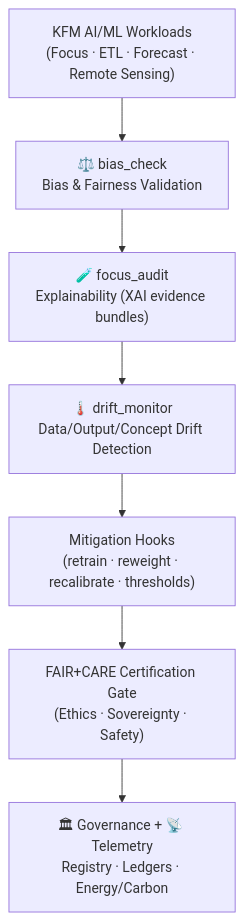
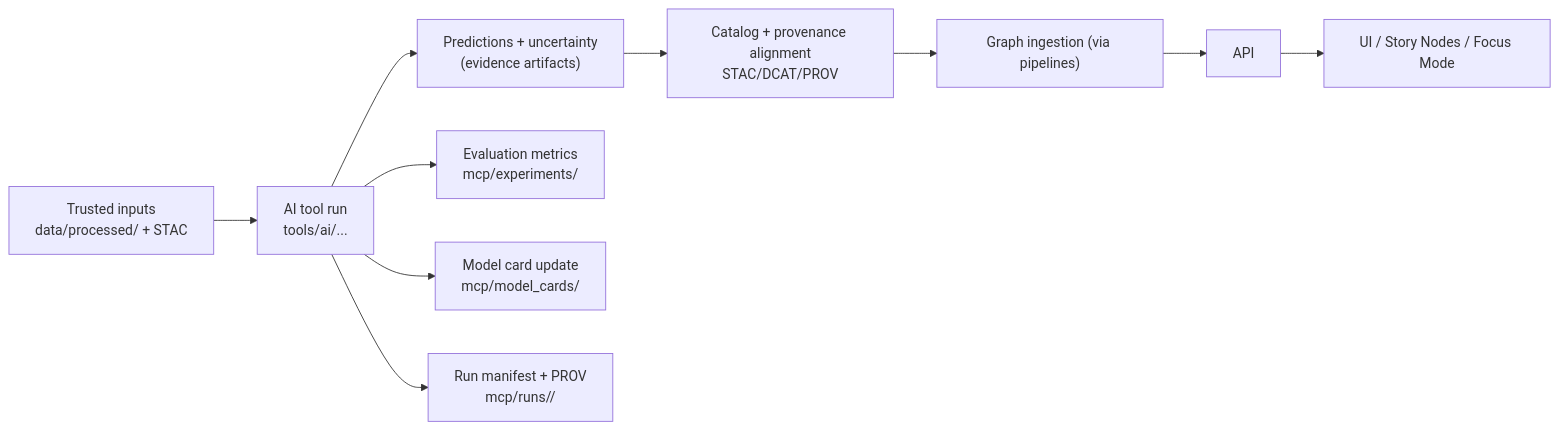
Before and after one commit to bartytime4life/Kansas-Frontier-Matrix: the diagram in tools/ai/README.md, drawn with Mermaid. The commit also changed other lines of this file, not shown here.

```diff
--- a/tools/ai/README.md
+++ b/tools/ai/README.md
@@ -252,10 +114,13 @@
 ~~~mermaid
-flowchart TD
-    A["KFM AI/ML Workloads<br/>(Focus · ETL · Forecast · Remote Sensing)"]
-      --> B["⚖️ bias_check<br/>Bias & Fairness Validation"]
-    B --> C["🧪 focus_audit<br/>Explainability (XAI evidence bundles)"]
-    C --> D["🌡️ drift_monitor<br/>Data/Output/Concept Drift Detection"]
-    D --> E["Mitigation Hooks<br/>(retrain · reweight · recalibrate · thresholds)"]
-    E --> F["FAIR+CARE Certification Gate<br/>(Ethics · Sovereignty · Safety)"]
-    F --> G["🏛 Governance + 📡 Telemetry<br/>Registry · Ledgers · Energy/Carbon"]
+flowchart LR
+  A["Trusted inputs<br/>data/processed/ + STAC"] --> B["AI tool run<br/>tools/ai/..."]
+  B --> C["Predictions + uncertainty<br/>(evidence artifacts)"]
+  B --> D["Evaluation metrics<br/>mcp/experiments/"]
+  B --> E["Model card update<br/>mcp/model_cards/"]
+  B --> F["Run manifest + PROV<br/>mcp/runs/<run-id>/"]
+
+  C --> G["Catalog + provenance alignment<br/>STAC/DCAT/PROV"]
+  G --> H["Graph ingestion (via pipelines)"]
+  H --> I["API"]
+  I --> J["UI / Story Nodes / Focus Mode"]
 ~~~
```
